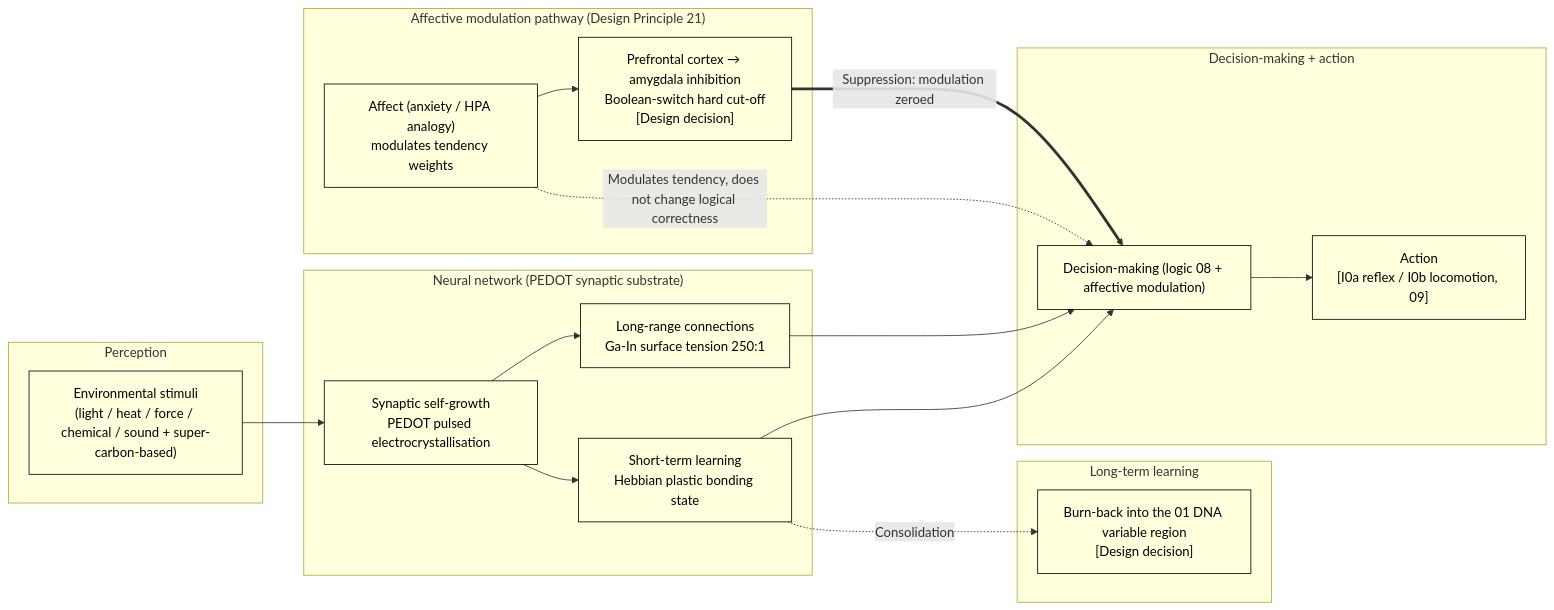
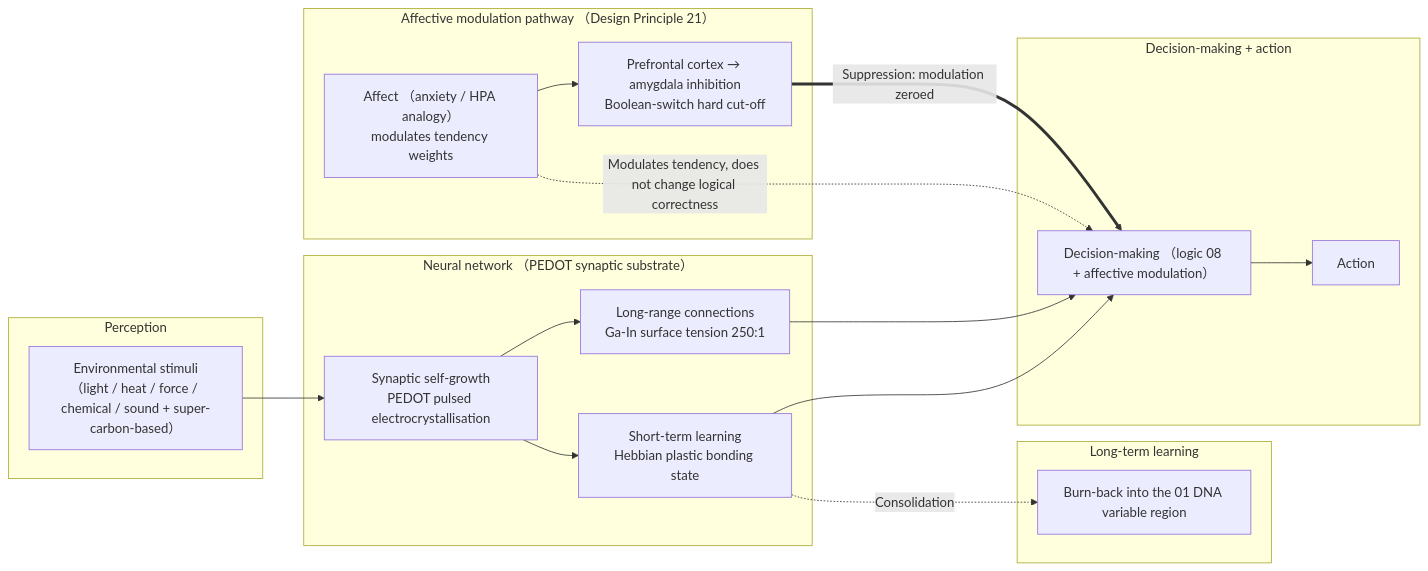
One commit to RichardASimon/Silicon-Biological-Blueprint changed the first of 2 diagrams in en-US/05-Neural-Network.md. Above: the diagram before and after it, drawn with Mermaid. The commit also changed other lines of this file and 23 other files, not shown here.

First line of the commit message:
docs: repair all mermaid diagrams and add emergence mechanisms with literature

````diff
--- a/en-US/05-Neural-Network.md
+++ b/en-US/05-Neural-Network.md
@@ -193,40 +193,32 @@
 ```mermaid
 flowchart LR
     subgraph IN["Perception"]
-        S["Environmental stimuli<br/>(light / heat / force / chemical / sound + super-carbon-based)<br/>"]
+        S["Environmental stimuli<br/>（light / heat / force / chemical / sound + super-carbon-based）<br/>"]
     end
-
-    subgraph NET["Neural network (PEDOT synaptic substrate)"]
+    subgraph NET["Neural network （PEDOT synaptic substrate）"]
         T1["Synaptic self-growth<br/>PEDOT pulsed electrocrystallisation<br/>"]
         T2["Long-range connections<br/>Ga-In surface tension 250:1<br/>"]
         T3["Short-term learning<br/>Hebbian plastic bonding state<br/>"]
         T1 --> T2
         T1 --> T3
     end
-
-    subgraph EMOD["Affective modulation pathway (Design Principle 21)"]
-        E1["Affect (anxiety / HPA analogy)<br/>modulates tendency weights<br/>"]
-        E2["Prefrontal cortex → amygdala inhibition<br/>Boolean-switch hard cut-off<br/>[Design decision]"]
+    subgraph EMOD["Affective modulation pathway （Design Principle 21）"]
+        E1["Affect （anxiety / HPA analogy）<br/>modulates tendency weights<br/>"]
+        E2["Prefrontal cortex → amygdala inhibition<br/>Boolean-switch hard cut-off<br/>"]
         E1 --> E2
     end
-
     subgraph OUT["Decision-making + action"]
-        D["Decision-making (logic 08 + affective modulation)<br/>"]
-        A["Action<br/>[I0a reflex / I0b locomotion, 09]"]
+        D["Decision-making （logic 08 + affective modulation）<br/>"]
+        A["Action<br/>"]
         D --> A
     end
-
     S --> T1
     T2 --> D
     T3 --> D
     E1 -.->|Modulates tendency, does not change logical correctness| D
     E2 ==>|Suppression: modulation zeroed| D
-
     subgraph LONG["Long-term learning"]
-        L["Burn-back into the 01 DNA variable region<br/>[Design decision]"]
+        L["Burn-back into the 01 DNA variable region<br/>"]
     end
     T3 -.->|Consolidation| L
-
-    classDef box fill:transparent,stroke:currentColor,color:currentColor
-    class S,T1,T2,T3,E1,E2,D,A,L box
 ```
````
